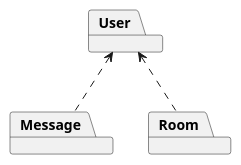
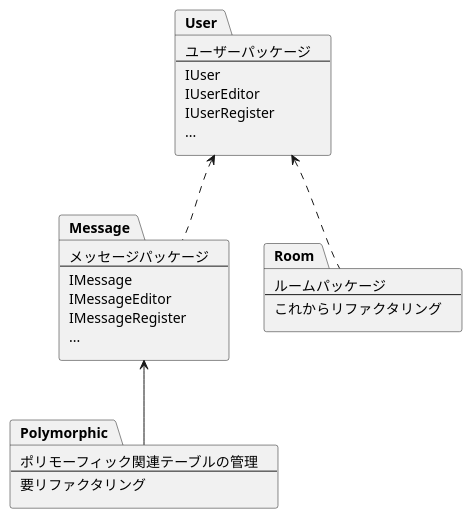
One commit to TOnodera/chatterman changed the diagram in documents/plantUML/クラス図/クラス図-サーバー-.wsd. Above: the diagram before and after it, drawn with PlantUML. The commit also changed 2 other files, not shown here.

```diff
--- a/documents/plantUML/クラス図/クラス図-サーバー-.wsd
+++ b/documents/plantUML/クラス図/クラス図-サーバー-.wsd
@@ -1,11 +1,36 @@
 @startuml
-package Message
-package Room
-package User
+package Message[
+    メッセージパッケージ
+    --
+    IMessage
+    IMessageEditor
+    IMessageRegister
+    ...
+]
+package Room[
+    ルームパッケージ
+    --
+    これからリファクタリング
+]
+package User[
+    ユーザーパッケージ
+    --
+    IUser
+    IUserEditor
+    IUserRegister
+    ...
+]
+package Polymorphic[
+    ポリモーフィック関連テーブルの管理
+    --
+    要リファクタリング
+]
+
 
 User <.. Message
 User <.. Room
+Message <-- Polymorphic
 
 
 
 @enduml
```
